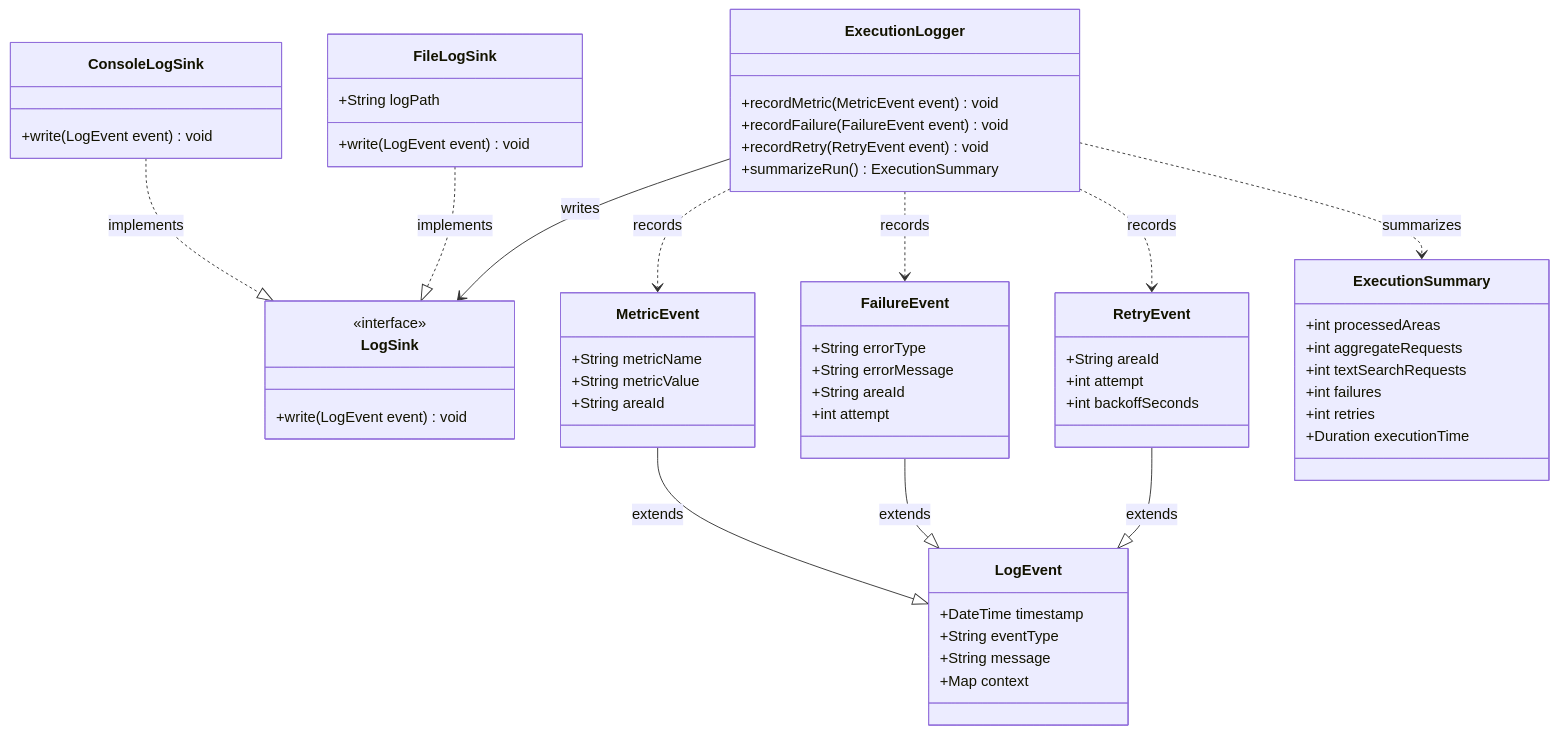
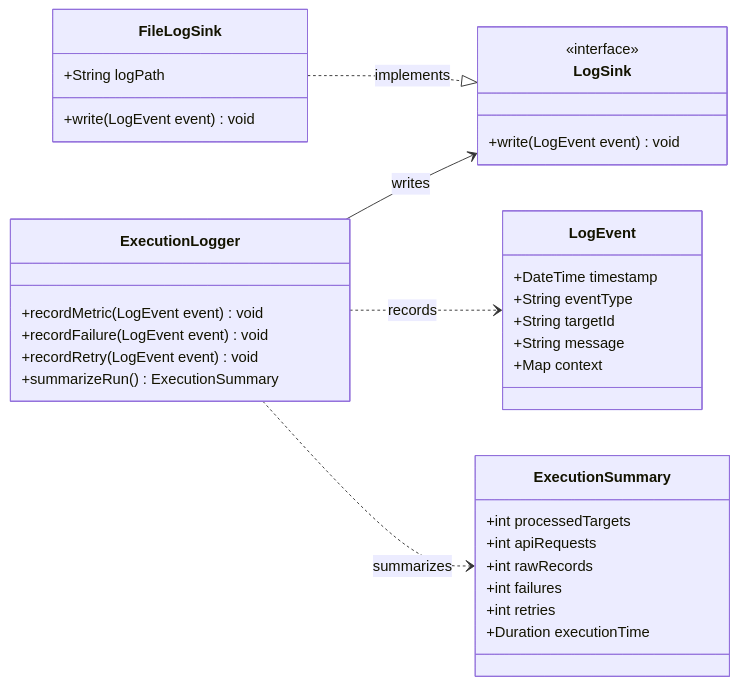
One commit to mentoria-edu/data_vet changed the diagram in docs/c4/level_4_code/data_ingestion/logger.md. Above: the diagram before and after it, drawn with Mermaid. The commit also changed 12 other files, not shown here.

Commit message:
atualizando diagramas c4

````diff
--- a/docs/c4/level_4_code/data_ingestion/logger.md
+++ b/docs/c4/level_4_code/data_ingestion/logger.md
@@ -3,73 +3,43 @@
 ```mermaid
 classDiagram
-direction TB
+direction LR
 
 class ExecutionLogger {
-  +recordMetric(MetricEvent event) void
-  +recordFailure(FailureEvent event) void
-  +recordRetry(RetryEvent event) void
+  +recordMetric(LogEvent event) void
+  +recordFailure(LogEvent event) void
+  +recordRetry(LogEvent event) void
   +summarizeRun() ExecutionSummary
 }
 
 class LogSink {
   <<interface>>
-  +write(LogEvent event) void
-}
-
-class ConsoleLogSink {
   +write(LogEvent event) void
 }
 
 class FileLogSink {
   +String logPath
   +write(LogEvent event) void
 }
 
 class LogEvent {
   +DateTime timestamp
   +String eventType
+  +String targetId
   +String message
   +Map context
 }
 
-class MetricEvent {
-  +String metricName
-  +String metricValue
-  +String areaId
-}
-
-class FailureEvent {
-  +String errorType
-  +String errorMessage
-  +String areaId
-  +int attempt
-}
-
-class RetryEvent {
-  +String areaId
-  +int attempt
-  +int backoffSeconds
-}
-
 class ExecutionSummary {
-  +int processedAreas
-  +int aggregateRequests
-  +int textSearchRequests
+  +int processedTargets
+  +int apiRequests
+  +int rawRecords
   +int failures
   +int retries
   +Duration executionTime
 }
 
 ExecutionLogger --> LogSink : writes
-ExecutionLogger ..> MetricEvent : records
-ExecutionLogger ..> FailureEvent : records
-ExecutionLogger ..> RetryEvent : records
+ExecutionLogger ..> LogEvent : records
 ExecutionLogger ..> ExecutionSummary : summarizes
-
-ConsoleLogSink ..|> LogSink : implements
 FileLogSink ..|> LogSink : implements
-
-MetricEvent --|> LogEvent : extends
-FailureEvent --|> LogEvent : extends
-RetryEvent --|> LogEvent : extends
 ```
````
